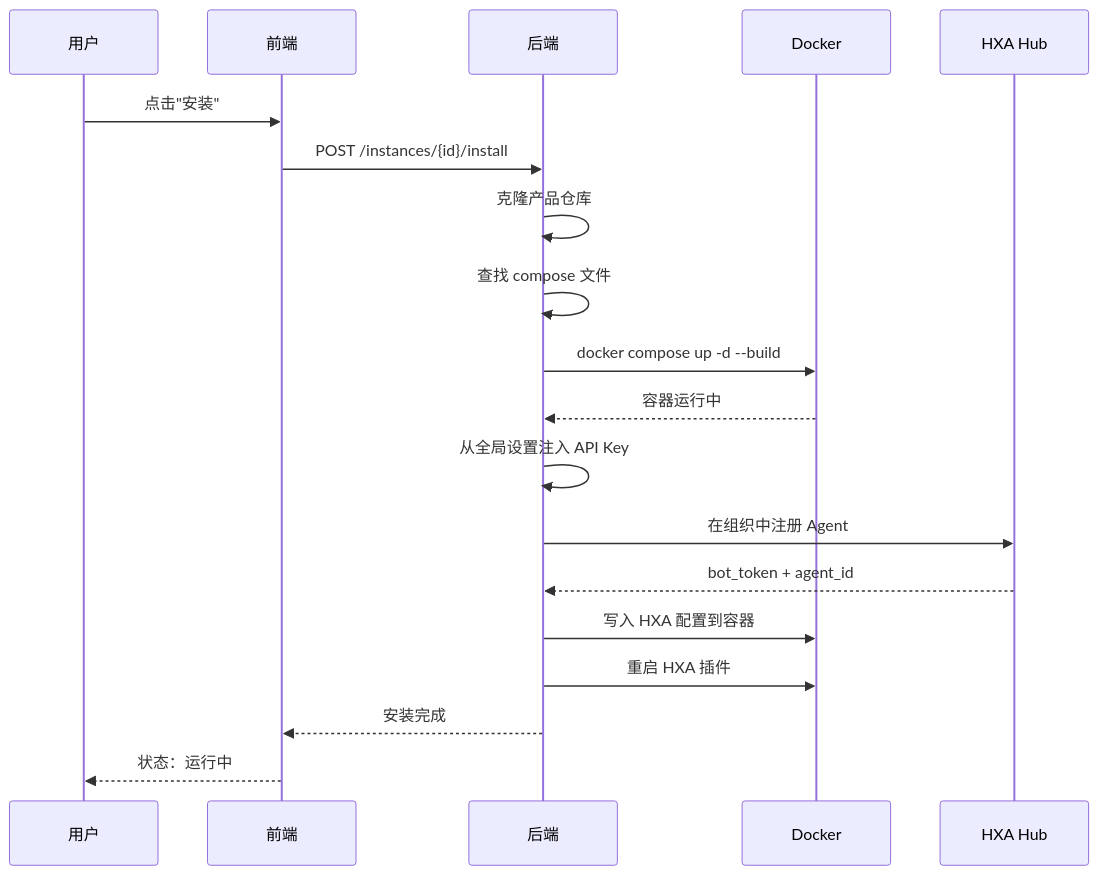
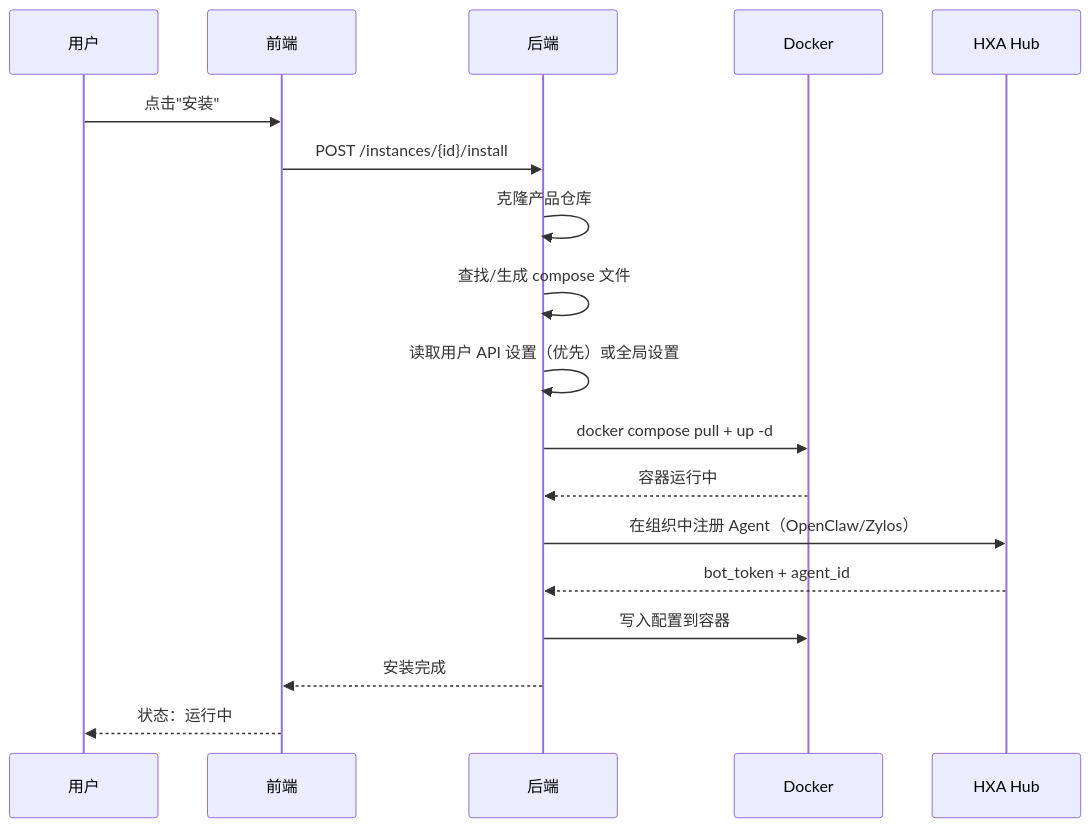
Before and after one commit to hypergraphdev/openclaw-hire: the second of 2 diagrams in README_CN.md, drawn with Mermaid. The commit also changed other lines of this file, not shown here.

First line of the commit message:
docs: 同步更新中文 README — 新增 Hermes Agent、Thread QC、用户设置等

````diff
--- a/README_CN.md
+++ b/README_CN.md
@@ -227,22 +206,21 @@
 ```mermaid
 sequenceDiagram
     participant U as 用户
     participant FE as 前端
     participant BE as 后端
     participant D as Docker
     participant Hub as HXA Hub
 
     U->>FE: 点击"安装"
     FE->>BE: POST /instances/{id}/install
     BE->>BE: 克隆产品仓库
-    BE->>BE: 查找 compose 文件
-    BE->>D: docker compose up -d --build
+    BE->>BE: 查找/生成 compose 文件
+    BE->>BE: 读取用户 API 设置（优先）或全局设置
+    BE->>D: docker compose pull + up -d
     D-->>BE: 容器运行中
-    BE->>BE: 从全局设置注入 API Key
-    BE->>Hub: 在组织中注册 Agent
+    BE->>Hub: 在组织中注册 Agent（OpenClaw/Zylos）
     Hub-->>BE: bot_token + agent_id
-    BE->>D: 写入 HXA 配置到容器
-    BE->>D: 重启 HXA 插件
+    BE->>D: 写入配置到容器
     BE-->>FE: 安装完成
     FE-->>U: 状态：运行中
 ```
````
